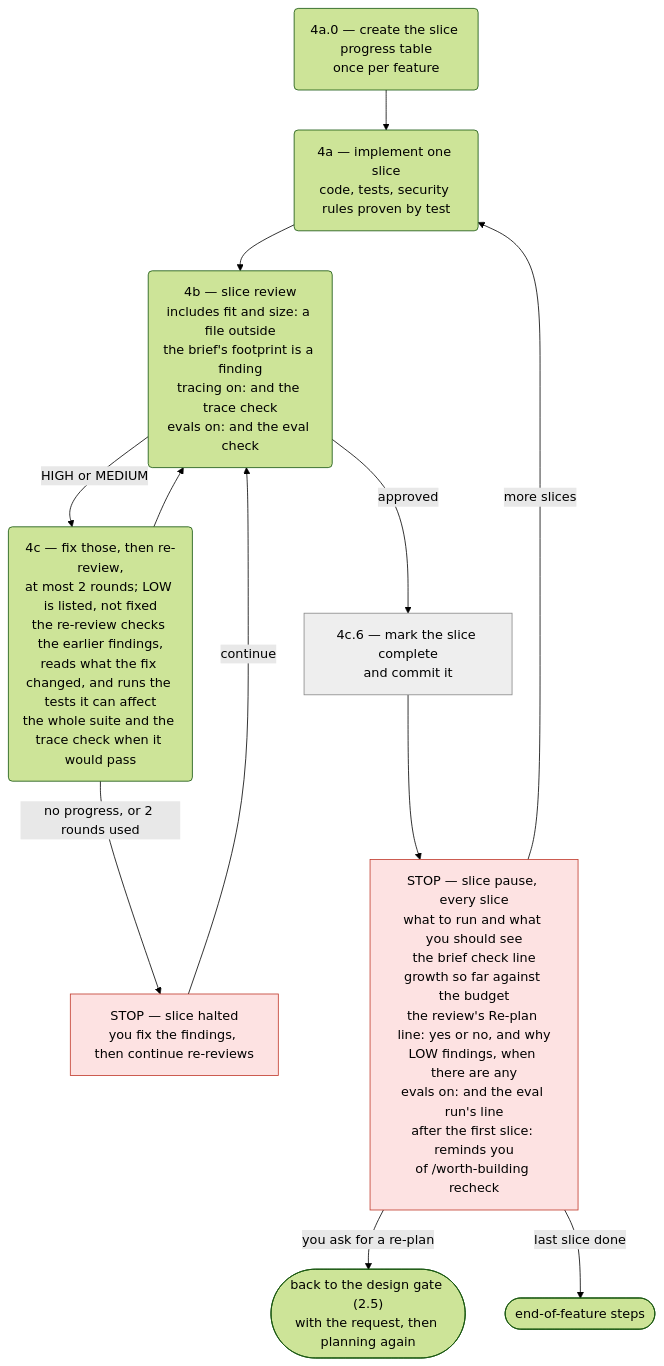
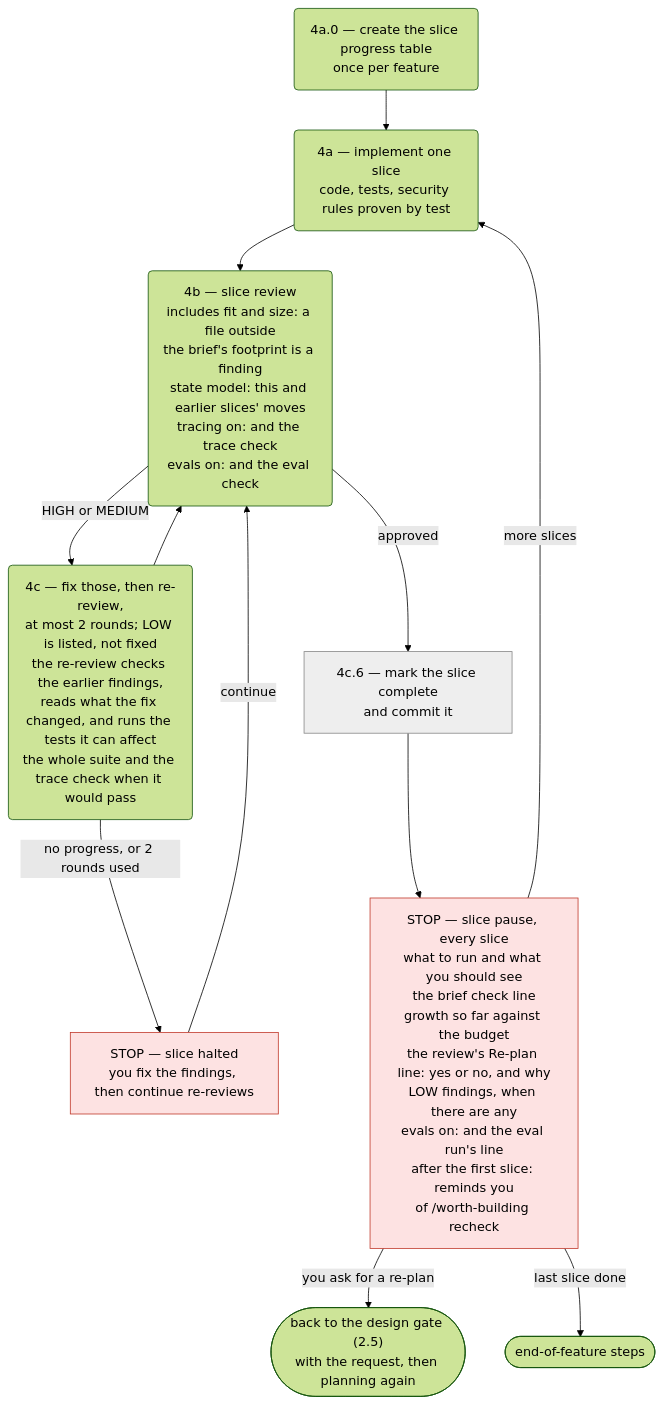
One commit to pablooliva/claude-plugins changed the third of 4 diagrams in agent-engineering/docs/sdd-flow-diagram.md. Above: the diagram before and after it, drawn with Mermaid (forest theme). The commit also changed other lines of this file and 22 other files, not shown here.

First line of the commit message:
ae(5.1.0): sdd-flow state model — approved in the brief, checked in the code

````diff
--- a/agent-engineering/docs/sdd-flow-diagram.md
+++ b/agent-engineering/docs/sdd-flow-diagram.md
@@ -97,17 +97,17 @@
 ```mermaid
 flowchart TD
     scaffold("4a.0 — create the slice progress table<br/>once per feature") --> impl("4a — implement one slice<br/>code, tests, security rules proven by test")
-    impl --> review("4b — slice review<br/>includes fit and size: a file outside<br/>the brief's footprint is a finding<br/>tracing on: and the trace check<br/>evals on: and the eval check")
+    impl --> review("4b — slice review<br/>includes fit and size: a file outside<br/>the brief's footprint is a finding<br/>state model: this and earlier slices' moves<br/>tracing on: and the trace check<br/>evals on: and the eval check")
     review -- "HIGH or MEDIUM" --> fix("4c — fix those, then re-review,<br/>at most 2 rounds; LOW is listed, not fixed<br/>the re-review checks the earlier findings,<br/>reads what the fix changed, and runs the tests it can affect<br/>the whole suite and the trace check when it would pass")
     fix --> review
     fix -- "no progress, or 2 rounds used" --> halt["STOP — slice halted<br/>you fix the findings, then continue re-reviews"]:::stop
     halt -- "continue" --> review
     review -- "approved" --> commit["4c.6 — mark the slice complete<br/>and commit it"]:::orch
     commit --> pause["STOP — slice pause, every slice<br/>what to run and what you should see<br/>the brief check line<br/>growth so far against the budget<br/>the review's Re-plan line: yes or no, and why<br/>LOW findings, when there are any<br/>evals on: and the eval run's line<br/>after the first slice: reminds you<br/>of /worth-building recheck"]:::stop
     pause -- "you ask for a re-plan" --> replan(["back to the design gate (2.5)<br/>with the request, then planning again"])
     pause -- "more slices" --> impl
     pause -- "last slice done" --> eof(["end-of-feature steps"])
 
     classDef stop fill:#fde2e2,stroke:#c0392b,color:#000
     classDef orch fill:#eeeeee,stroke:#888888,color:#000
 ```
````
